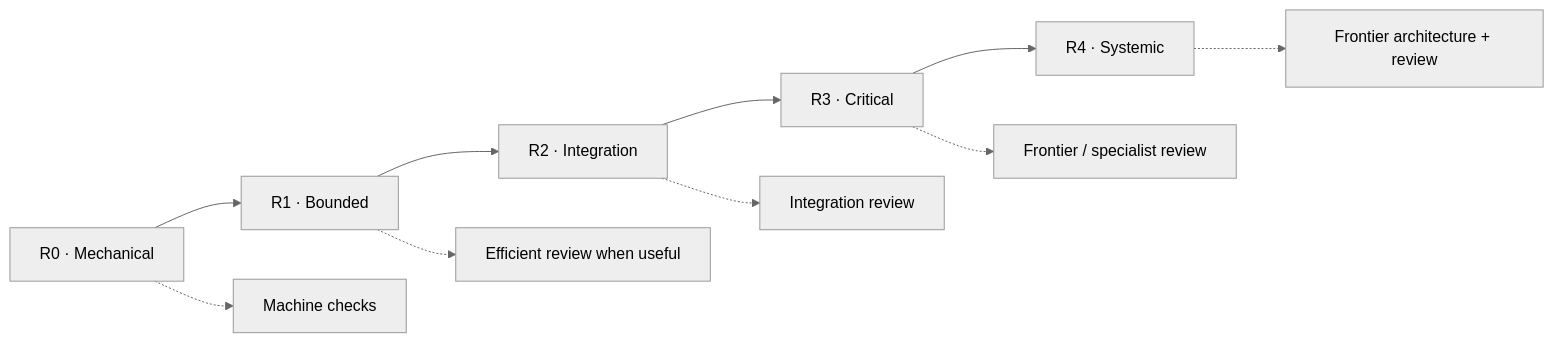
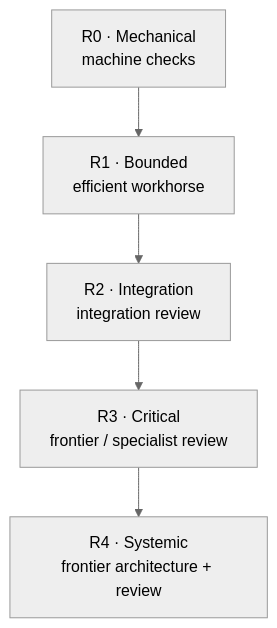
Before and after one commit to Strataward/durable-threads: the third of 6 diagrams in docs/articles/frontier-decisions-cheap-execution.md, drawn with Mermaid (neutral theme). The commit also changed other lines of this file and 6 other files, not shown here.

````diff
--- a/docs/articles/frontier-decisions-cheap-execution.md
+++ b/docs/articles/frontier-decisions-cheap-execution.md
@@ -126,10 +129,7 @@
 ```mermaid
-flowchart LR
-    R0["R0 · Mechanical"] --> R1["R1 · Bounded"] --> R2["R2 · Integration"] --> R3["R3 · Critical"] --> R4["R4 · Systemic"]
-
-    R0 -.-> E0["Machine checks"]
-    R1 -.-> E1["Efficient review when useful"]
-    R2 -.-> E2["Integration review"]
-    R3 -.-> E3["Frontier / specialist review"]
-    R4 -.-> E4["Frontier architecture + review"]
+flowchart TB
+    R0["R0 · Mechanical<br/>machine checks"] --> R1["R1 · Bounded<br/>efficient workhorse"]
+    R1 --> R2["R2 · Integration<br/>integration review"]
+    R2 --> R3["R3 · Critical<br/>frontier / specialist review"]
+    R3 --> R4["R4 · Systemic<br/>frontier architecture + review"]
 ```
````
